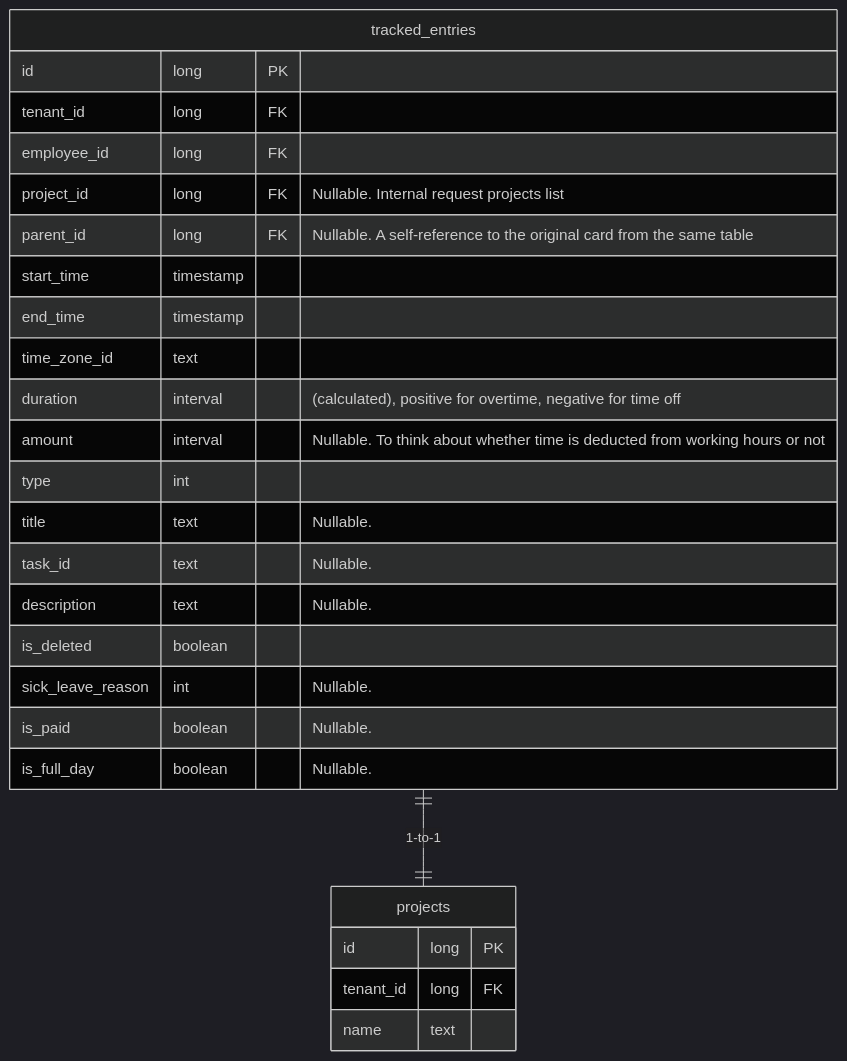
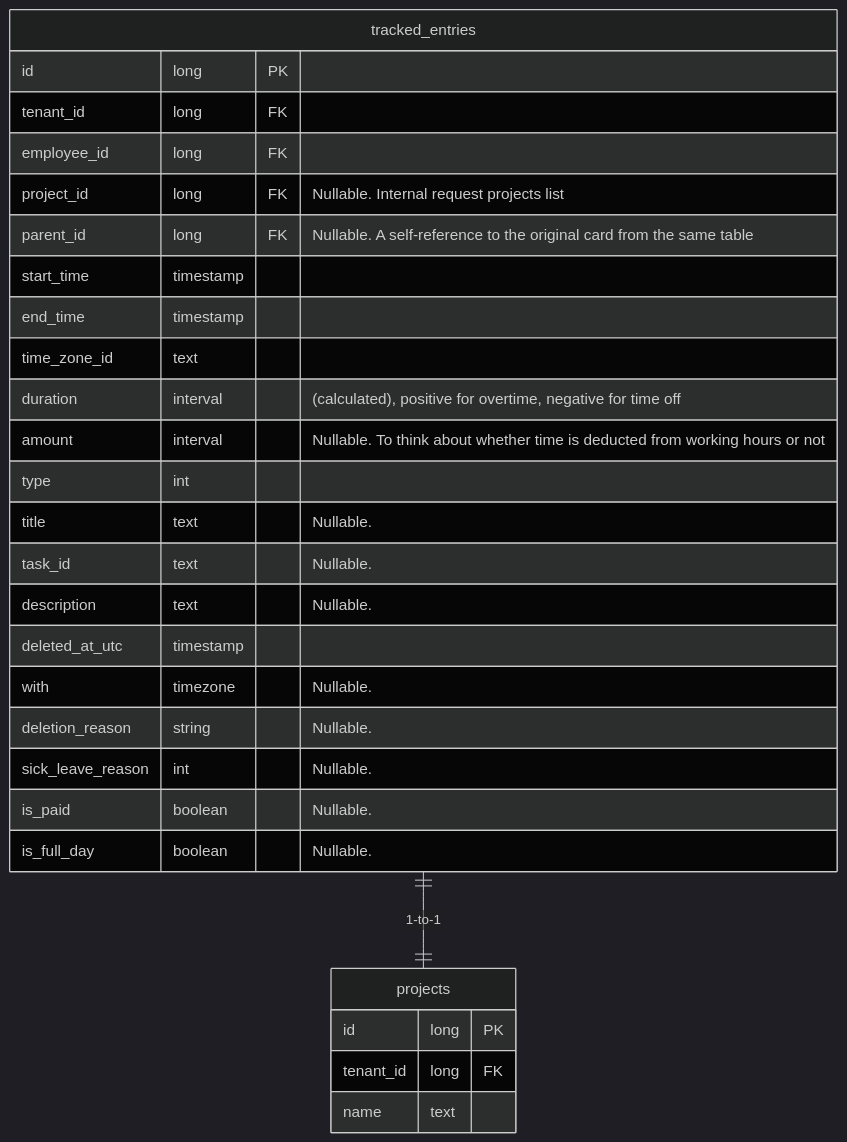
One commit to TourmalineCore/inner-circle-documentation changed the diagram in time-tracker/backend-contract.md. Above: the diagram before and after it, drawn with Mermaid (dark theme). The commit also changed other lines of this file, not shown here.

````diff
--- a/time-tracker/backend-contract.md
+++ b/time-tracker/backend-contract.md
@@ -182,29 +170,30 @@
 ```mermaid
 erDiagram
     tracked_entries ||--|| projects : "1-to-1"
     tracked_entries {
       id long PK
       tenant_id long FK
       employee_id long FK
       project_id long FK "Nullable. Internal request projects list"
       parent_id long FK "Nullable. A self-reference to the original card from the same table"
       start_time timestamp
       end_time timestamp
       time_zone_id text
       duration interval "(calculated), positive for overtime, negative for time off"
       amount interval "Nullable. To think about whether time is deducted from working hours or not"
       type int
       title text "Nullable."
       task_id text "Nullable."
       description text "Nullable."
-      is_deleted boolean
+      deleted_at_utc timestamp with timezone "Nullable."
+      deletion_reason string "Nullable."
       sick_leave_reason int "Nullable."
       is_paid boolean "Nullable."
       is_full_day boolean "Nullable."
     }
     projects {
       id long PK
       tenant_id long FK
       name text
     }
 ```
````
